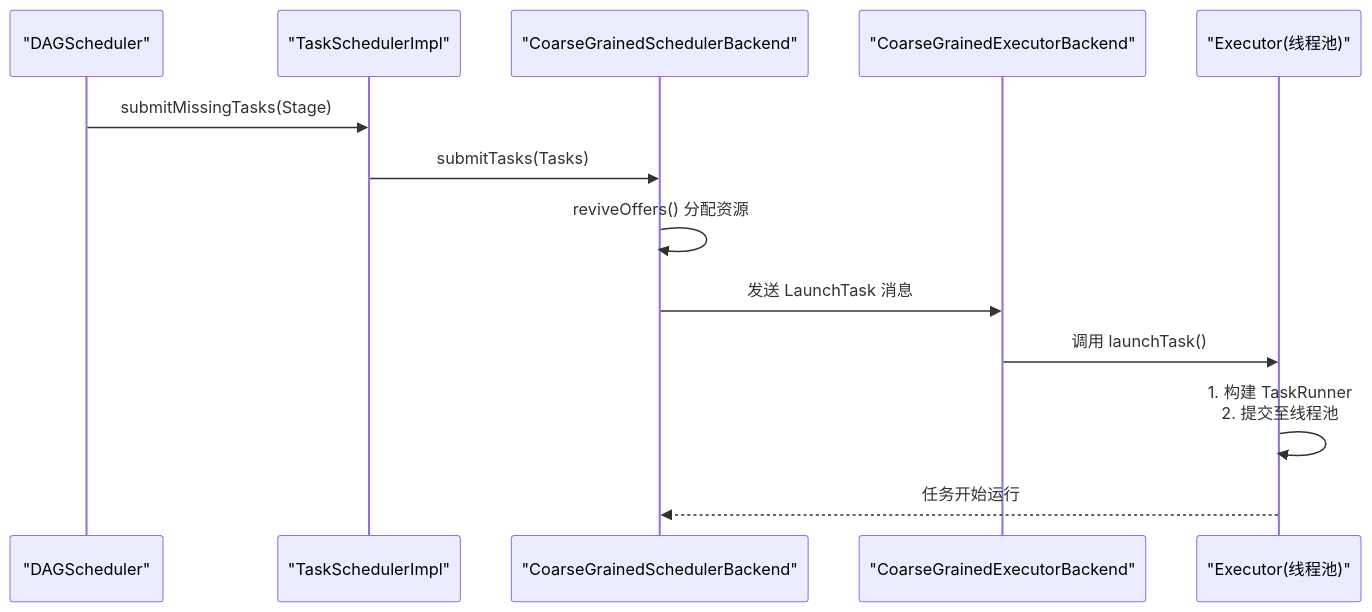
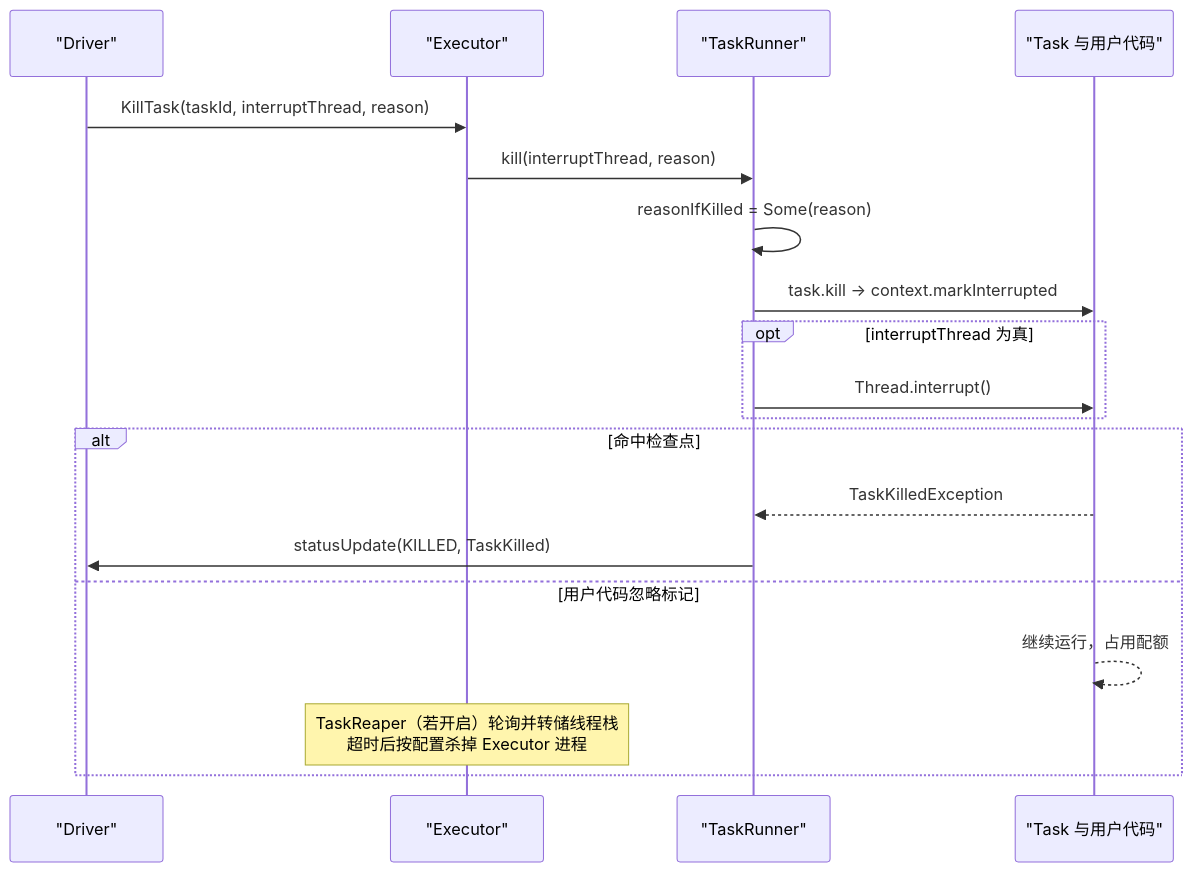
One commit to hpliStartAgain/my-brain changed the fourth of 5 diagrams in content/大数据/Spark/读书笔记-spark内核/02_系统架构与运行机制/8. Spark_Executor_任务执行机制_上.md. Above: the diagram before and after it, drawn with Mermaid. The commit also changed other lines of this file and 259 other files, not shown here.

````diff
--- a/content/大数据/Spark/读书笔记-spark内核/02_系统架构与运行机制/8. Spark_Executor_任务执行机制_上.md
+++ b/content/大数据/Spark/读书笔记-spark内核/02_系统架构与运行机制/8. Spark_Executor_任务执行机制_上.md
@@ -28,16 +491,22 @@
 ```mermaid
+%%{init: {'theme': 'dracula'}}%%
 sequenceDiagram
-    participant D as "DAGScheduler"
-    participant T as "TaskSchedulerImpl"
-    participant S as "CoarseGrainedSchedulerBackend"
-    participant E as "CoarseGrainedExecutorBackend"
-    participant Ex as "Executor(线程池)"
-
-    D->>T: submitMissingTasks(Stage)
-    T->>S: submitTasks(Tasks)
-    S->>S: reviveOffers() 分配资源
-    S->>E: 发送 LaunchTask 消息
-    E->>Ex: 调用 launchTask()
-    Ex->>Ex: 1. 构建 TaskRunner<br>2. 提交至线程池
-    Ex-->>S: 任务开始运行
+    participant D as "Driver"
+    participant E as "Executor"
+    participant R as "TaskRunner"
+    participant T as "Task 与用户代码"
+    D->>E: KillTask(taskId, interruptThread, reason)
+    E->>R: kill(interruptThread, reason)
+    R->>R: reasonIfKilled = Some(reason)
+    R->>T: task.kill → context.markInterrupted
+    opt interruptThread 为真
+        R->>T: Thread.interrupt()
+    end
+    alt 命中检查点
+        T-->>R: TaskKilledException
+        R->>D: statusUpdate(KILLED, TaskKilled)
+    else 用户代码忽略标记
+        T-->>T: 继续运行，占用配额
+        Note over E: TaskReaper（若开启）轮询并转储线程栈<br/>超时后按配置杀掉 Executor 进程
+    end
 ```
````
